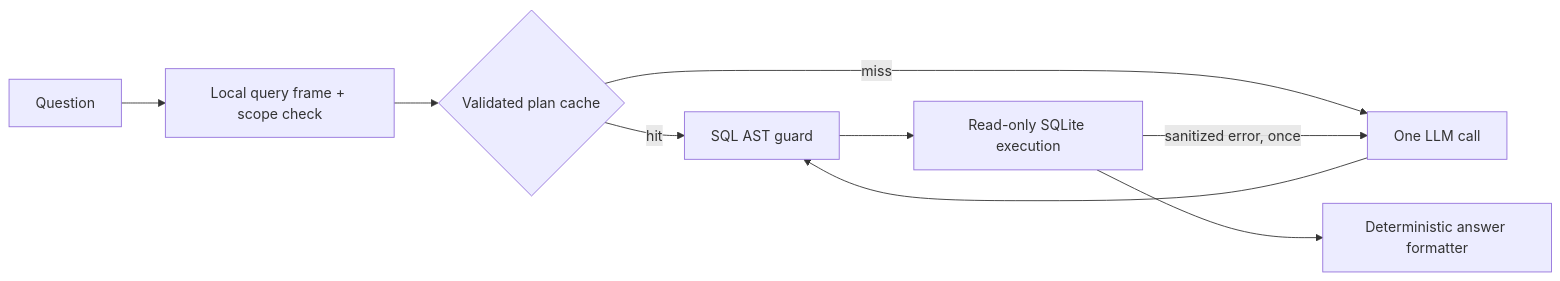
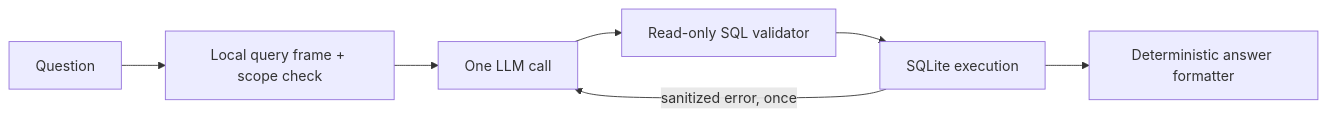
Before and after one commit to javayp/orderiq: the diagram in docs/ai-module.md, drawn with Mermaid. The commit also changed other lines of this file and 43 other files, not shown here.

````diff
--- a/docs/ai-module.md
+++ b/docs/ai-module.md
@@ -37,11 +35,9 @@
 ```mermaid
 flowchart LR
     Q["Question"] --> Frame["Local query frame + scope check"]
-    Frame --> Cache{"Validated plan cache"}
-    Cache -->|hit| Guard["SQL AST guard"]
-    Cache -->|miss| LLM["One LLM call"]
+    Frame --> LLM["One LLM call"]
     LLM --> Guard
-    Guard --> DB["Read-only SQLite execution"]
+    Guard["Read-only SQL validator"] --> DB["SQLite execution"]
     DB -->|sanitized error, once| LLM
     DB --> Answer["Deterministic answer formatter"]
 ```
````
